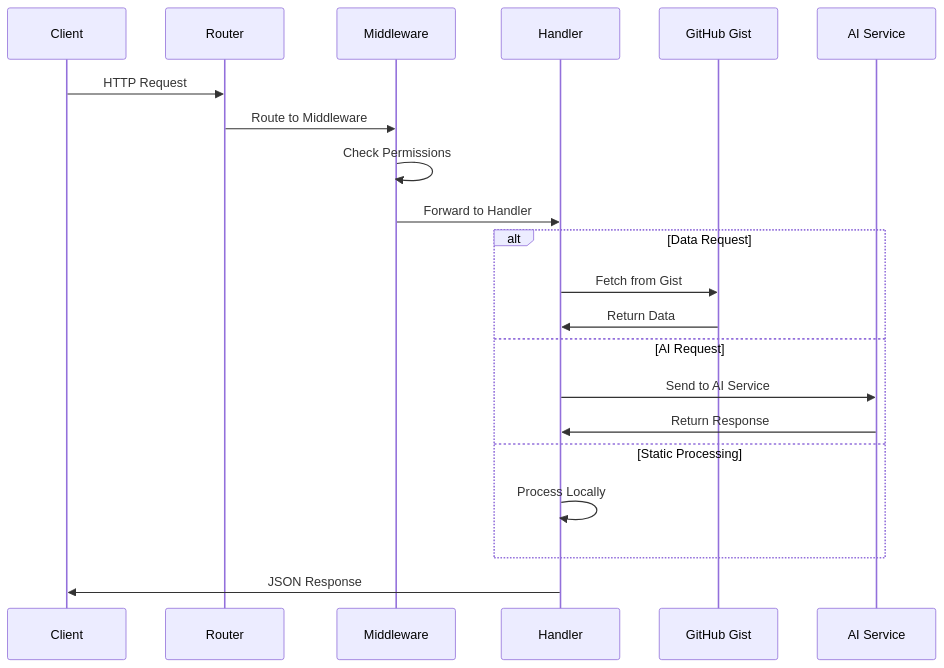
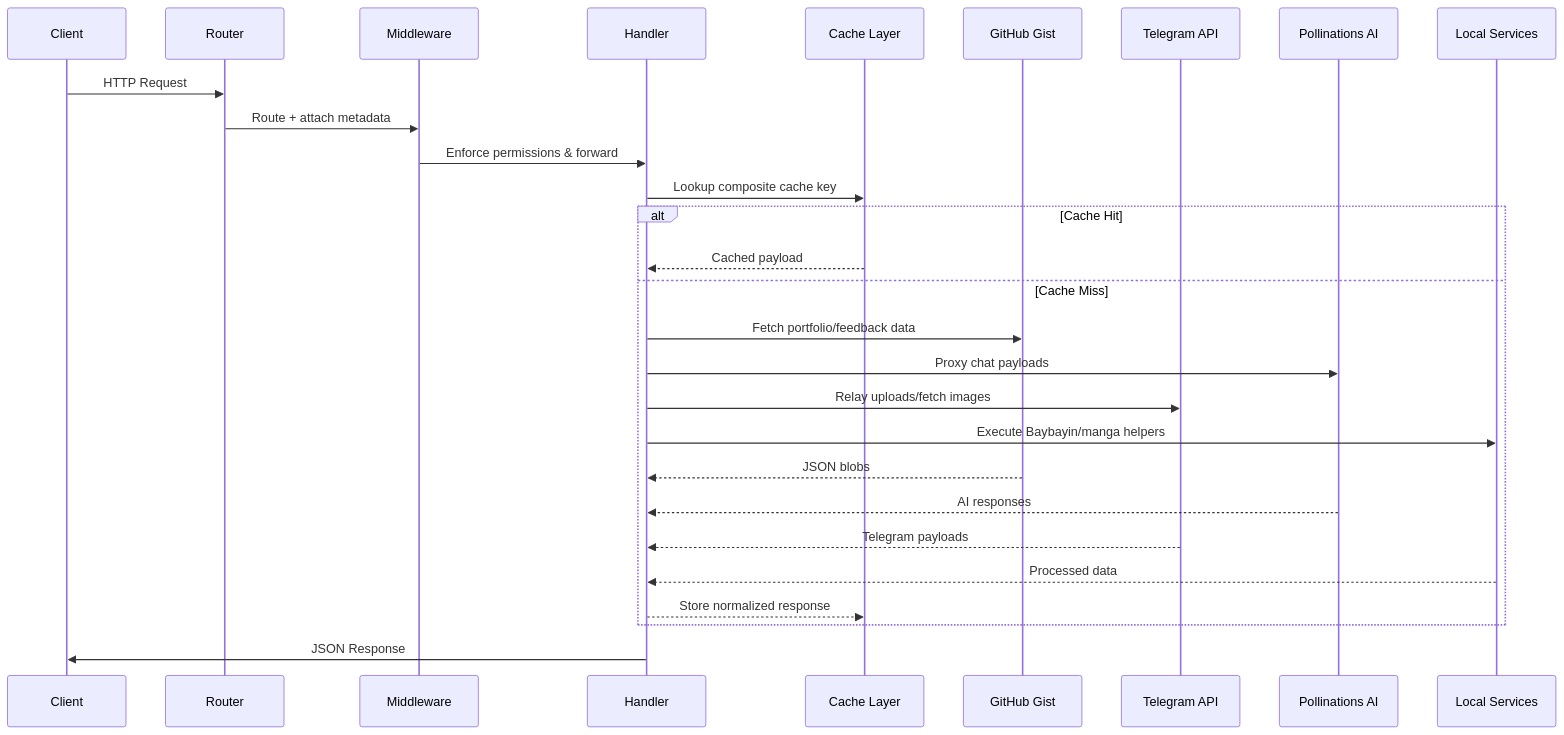
The third of 3 diagrams in README.md (RyannKim327/portfolio-backend), drawn with Mermaid before and after one commit. The commit also changed other lines of this file and 1 other file, not shown here.

````diff
--- a/README.md
+++ b/README.md
@@ -293,26 +296,31 @@
 ```mermaid
 sequenceDiagram
     participant C as Client
     participant R as Router
     participant M as Middleware
     participant H as Handler
+    participant Cache as Cache Layer
     participant G as GitHub Gist
-    participant AI as AI Service
+    participant T as Telegram API
+    participant AI as Pollinations AI
+    participant L as Local Services
 
     C->>R: HTTP Request
-    R->>M: Route to Middleware
-    M->>M: Check Permissions
-    M->>H: Forward to Handler
-    
-    alt Data Request
-        H->>G: Fetch from Gist
-        G->>H: Return Data
-    else AI Request
-        H->>AI: Send to AI Service
-        AI->>H: Return Response
-    else Static Processing
-        H->>H: Process Locally
+    R->>M: Route + attach metadata
+    M->>H: Enforce permissions & forward
+    H->>Cache: Lookup composite cache key
+    alt Cache Hit
+        Cache-->>H: Cached payload
+    else Cache Miss
+        H->>G: Fetch portfolio/feedback data
+        H->>AI: Proxy chat payloads
+        H->>T: Relay uploads/fetch images
+        H->>L: Execute Baybayin/manga helpers
+        G-->>H: JSON blobs
+        AI-->>H: AI responses
+        T-->>H: Telegram payloads
+        L-->>H: Processed data
+        H-->>Cache: Store normalized response
     end
-    
     H->>C: JSON Response
 ```
````
